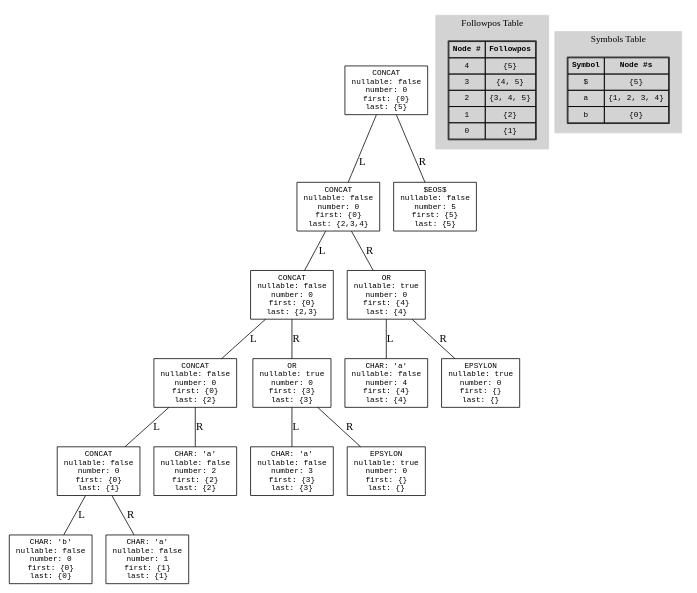
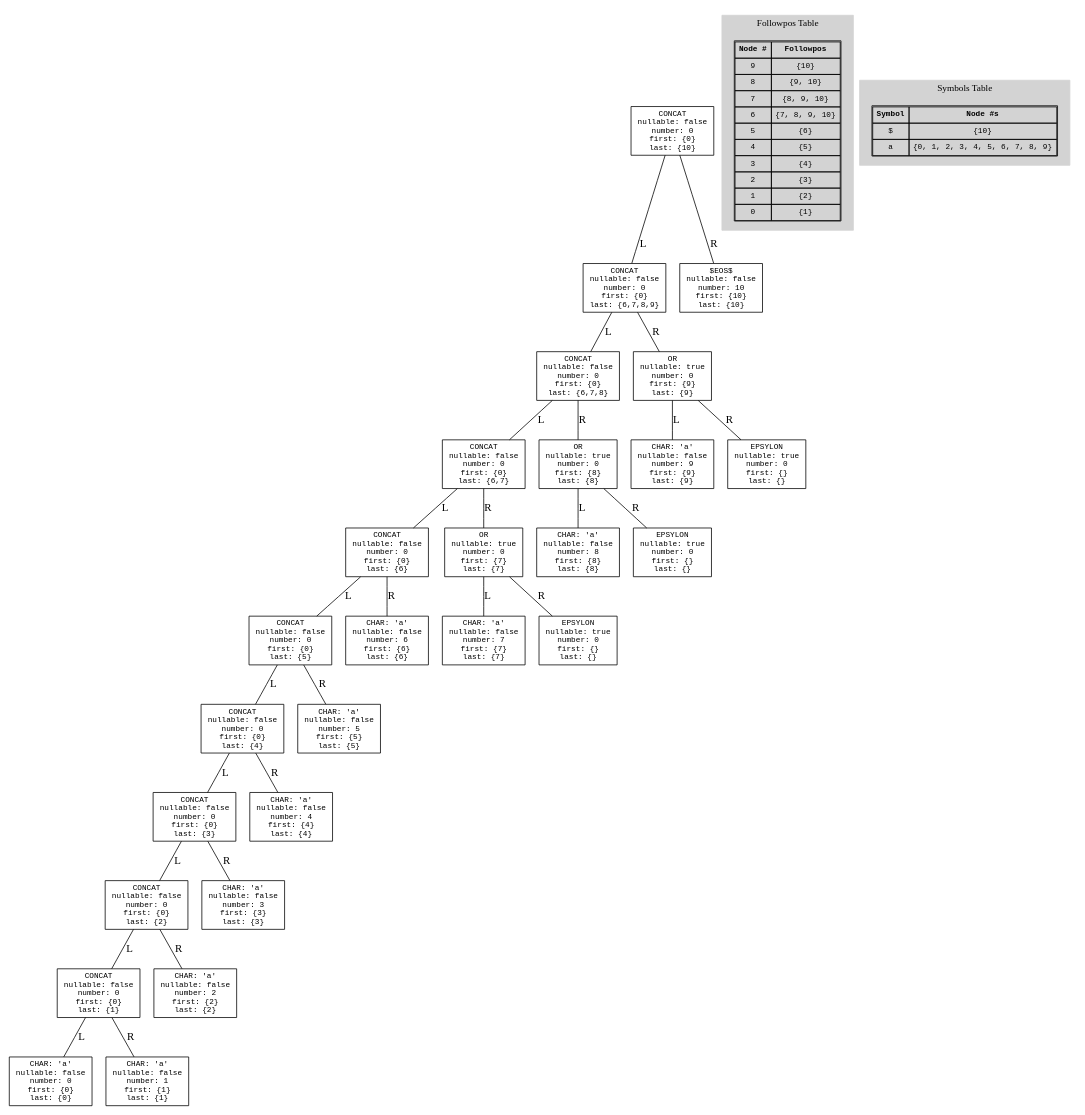
One commit to HotHeadd/automata25_mephi changed the diagram in 2/visuals/ast_plus.dot. Above: the diagram before and after it, drawn with Graphviz. The commit also changed 7 other files, not shown here.

```diff
--- a/2/visuals/ast_plus.dot
+++ b/2/visuals/ast_plus.dot
@@ -1,68 +1,96 @@
 digraph SyntaxTree {
   node [shape=box, fontname="Courier", fontsize=10];
   edge [arrowhead=none];
 
-  0 [label="CONCAT\nnullable: false\nnumber: 0\nfirst: {0}\nlast: {5}"];
-  1 [label="CONCAT\nnullable: false\nnumber: 0\nfirst: {0}\nlast: {2,3,4}"];
-  2 [label="CONCAT\nnullable: false\nnumber: 0\nfirst: {0}\nlast: {2,3}"];
-  3 [label="CONCAT\nnullable: false\nnumber: 0\nfirst: {0}\nlast: {2}"];
-  4 [label="CONCAT\nnullable: false\nnumber: 0\nfirst: {0}\nlast: {1}"];
-  5 [label="CHAR: 'b'\nnullable: false\nnumber: 0\nfirst: {0}\nlast: {0}"];
+  0 [label="CONCAT\nnullable: false\nnumber: 0\nfirst: {0}\nlast: {10}"];
+  1 [label="CONCAT\nnullable: false\nnumber: 0\nfirst: {0}\nlast: {6,7,8,9}"];
+  2 [label="CONCAT\nnullable: false\nnumber: 0\nfirst: {0}\nlast: {6,7,8}"];
+  3 [label="CONCAT\nnullable: false\nnumber: 0\nfirst: {0}\nlast: {6,7}"];
+  4 [label="CONCAT\nnullable: false\nnumber: 0\nfirst: {0}\nlast: {6}"];
+  5 [label="CONCAT\nnullable: false\nnumber: 0\nfirst: {0}\nlast: {5}"];
+  6 [label="CONCAT\nnullable: false\nnumber: 0\nfirst: {0}\nlast: {4}"];
+  7 [label="CONCAT\nnullable: false\nnumber: 0\nfirst: {0}\nlast: {3}"];
+  8 [label="CONCAT\nnullable: false\nnumber: 0\nfirst: {0}\nlast: {2}"];
+  9 [label="CONCAT\nnullable: false\nnumber: 0\nfirst: {0}\nlast: {1}"];
+  10 [label="CHAR: 'a'\nnullable: false\nnumber: 0\nfirst: {0}\nlast: {0}"];
+  9 -> 10 [label="L"];
+  11 [label="CHAR: 'a'\nnullable: false\nnumber: 1\nfirst: {1}\nlast: {1}"];
+  9 -> 11 [label="R"];
+  8 -> 9 [label="L"];
+  12 [label="CHAR: 'a'\nnullable: false\nnumber: 2\nfirst: {2}\nlast: {2}"];
+  8 -> 12 [label="R"];
+  7 -> 8 [label="L"];
+  13 [label="CHAR: 'a'\nnullable: false\nnumber: 3\nfirst: {3}\nlast: {3}"];
+  7 -> 13 [label="R"];
+  6 -> 7 [label="L"];
+  14 [label="CHAR: 'a'\nnullable: false\nnumber: 4\nfirst: {4}\nlast: {4}"];
+  6 -> 14 [label="R"];
+  5 -> 6 [label="L"];
+  15 [label="CHAR: 'a'\nnullable: false\nnumber: 5\nfirst: {5}\nlast: {5}"];
+  5 -> 15 [label="R"];
   4 -> 5 [label="L"];
-  6 [label="CHAR: 'a'\nnullable: false\nnumber: 1\nfirst: {1}\nlast: {1}"];
-  4 -> 6 [label="R"];
+  16 [label="CHAR: 'a'\nnullable: false\nnumber: 6\nfirst: {6}\nlast: {6}"];
+  4 -> 16 [label="R"];
   3 -> 4 [label="L"];
-  7 [label="CHAR: 'a'\nnullable: false\nnumber: 2\nfirst: {2}\nlast: {2}"];
-  3 -> 7 [label="R"];
+  17 [label="OR\nnullable: true\nnumber: 0\nfirst: {7}\nlast: {7}"];
+  18 [label="CHAR: 'a'\nnullable: false\nnumber: 7\nfirst: {7}\nlast: {7}"];
+  17 -> 18 [label="L"];
+  19 [label="EPSYLON\nnullable: true\nnumber: 0\nfirst: {}\nlast: {}"];
+  17 -> 19 [label="R"];
+  3 -> 17 [label="R"];
   2 -> 3 [label="L"];
-  8 [label="OR\nnullable: true\nnumber: 0\nfirst: {3}\nlast: {3}"];
-  9 [label="CHAR: 'a'\nnullable: false\nnumber: 3\nfirst: {3}\nlast: {3}"];
-  8 -> 9 [label="L"];
-  10 [label="EPSYLON\nnullable: true\nnumber: 0\nfirst: {}\nlast: {}"];
-  8 -> 10 [label="R"];
-  2 -> 8 [label="R"];
+  20 [label="OR\nnullable: true\nnumber: 0\nfirst: {8}\nlast: {8}"];
+  21 [label="CHAR: 'a'\nnullable: false\nnumber: 8\nfirst: {8}\nlast: {8}"];
+  20 -> 21 [label="L"];
+  22 [label="EPSYLON\nnullable: true\nnumber: 0\nfirst: {}\nlast: {}"];
+  20 -> 22 [label="R"];
+  2 -> 20 [label="R"];
   1 -> 2 [label="L"];
-  11 [label="OR\nnullable: true\nnumber: 0\nfirst: {4}\nlast: {4}"];
-  12 [label="CHAR: 'a'\nnullable: false\nnumber: 4\nfirst: {4}\nlast: {4}"];
-  11 -> 12 [label="L"];
-  13 [label="EPSYLON\nnullable: true\nnumber: 0\nfirst: {}\nlast: {}"];
-  11 -> 13 [label="R"];
-  1 -> 11 [label="R"];
+  23 [label="OR\nnullable: true\nnumber: 0\nfirst: {9}\nlast: {9}"];
+  24 [label="CHAR: 'a'\nnullable: false\nnumber: 9\nfirst: {9}\nlast: {9}"];
+  23 -> 24 [label="L"];
+  25 [label="EPSYLON\nnullable: true\nnumber: 0\nfirst: {}\nlast: {}"];
+  23 -> 25 [label="R"];
+  1 -> 23 [label="R"];
   0 -> 1 [label="L"];
-  14 [label="$EOS$\nnullable: false\nnumber: 5\nfirst: {5}\nlast: {5}"];
-  0 -> 14 [label="R"];
+  26 [label="$EOS$\nnullable: false\nnumber: 10\nfirst: {10}\nlast: {10}"];
+  0 -> 26 [label="R"];
 
   subgraph cluster_followpos {
     label="Followpos Table";
     fontsize=12;
     style=filled;
     color=lightgrey;
     node [shape=plaintext];
     follow_table [label=<
       <table border="1" cellborder="1" cellspacing="0" cellpadding="4">
         <tr><td><b>Node #</b></td><td><b>Followpos</b></td></tr>
+        <tr><td>9</td><td>{10}</td></tr>
+        <tr><td>8</td><td>{9, 10}</td></tr>
+        <tr><td>7</td><td>{8, 9, 10}</td></tr>
+        <tr><td>6</td><td>{7, 8, 9, 10}</td></tr>
+        <tr><td>5</td><td>{6}</td></tr>
         <tr><td>4</td><td>{5}</td></tr>
-        <tr><td>3</td><td>{4, 5}</td></tr>
-        <tr><td>2</td><td>{3, 4, 5}</td></tr>
+        <tr><td>3</td><td>{4}</td></tr>
+        <tr><td>2</td><td>{3}</td></tr>
         <tr><td>1</td><td>{2}</td></tr>
         <tr><td>0</td><td>{1}</td></tr>
       </table>
     >];
   }
 
   subgraph cluster_symbols {
     label="Symbols Table";
     fontsize=12;
     style=filled;
     color=lightgrey;
     node [shape=plaintext];
     symbols_table [label=<
       <table border="1" cellborder="1" cellspacing="0" cellpadding="4">
         <tr><td><b>Symbol</b></td><td><b>Node #s</b></td></tr>
-        <tr><td>$</td><td>{5}</td></tr>
-        <tr><td>a</td><td>{1, 2, 3, 4}</td></tr>
-        <tr><td>b</td><td>{0}</td></tr>
+        <tr><td>$</td><td>{10}</td></tr>
+        <tr><td>a</td><td>{0, 1, 2, 3, 4, 5, 6, 7, 8, 9}</td></tr>
       </table>
     >];
   }
 }
```
